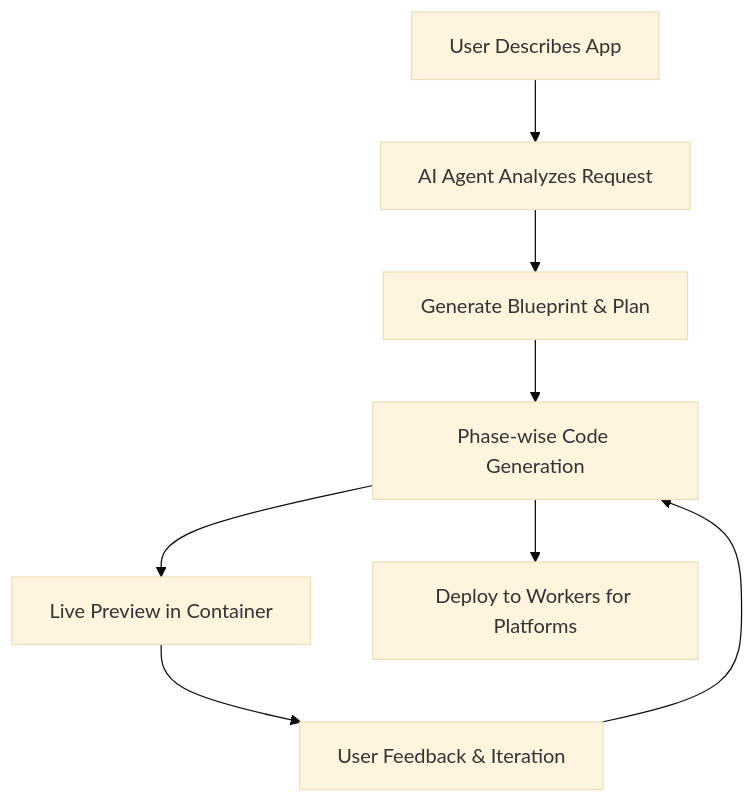
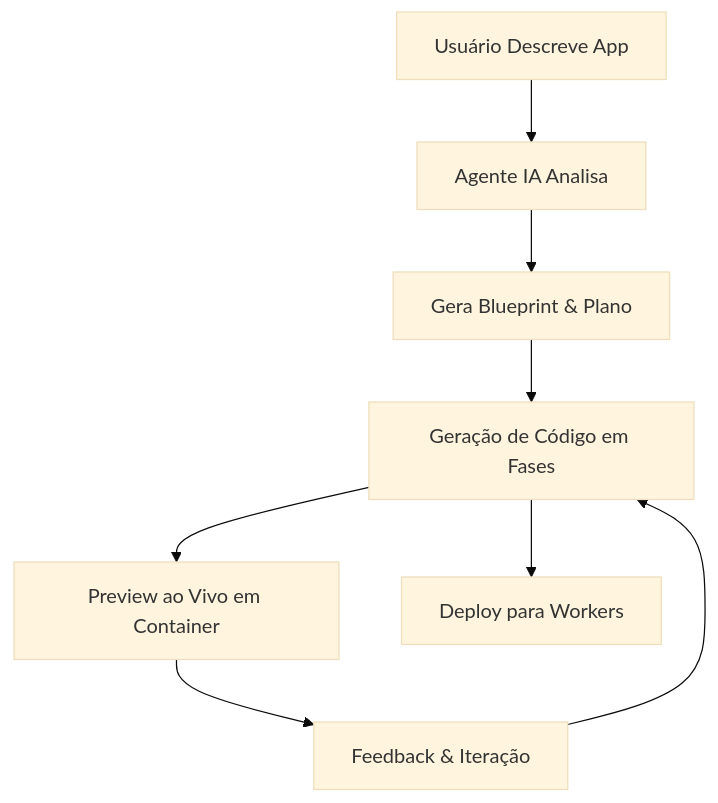
One commit to myselfgus/vibe changed the diagram in README.md. Above: the diagram before and after it, drawn with Mermaid (base theme). The commit also changed other lines of this file, not shown here.

Commit message:
docs: update README to reflect CONCEPT2CODE branding and Voither Prism Design System

````diff
--- a/README.md
+++ b/README.md
@@ -201,10 +98,10 @@
 ```mermaid
 graph TD
-    A[User Describes App] --> B[AI Agent Analyzes Request]
-    B --> C[Generate Blueprint & Plan]
-    C --> D[Phase-wise Code Generation]
-    D --> E[Live Preview in Container]
-    E --> F[User Feedback & Iteration]
+    A[Usuário Descreve App] --> B[Agente IA Analisa]
+    B --> C[Gera Blueprint & Plano]
+    C --> D[Geração de Código em Fases]
+    D --> E[Preview ao Vivo em Container]
+    E --> F[Feedback & Iteração]
     F --> D
-    D --> G[Deploy to Workers for Platforms]
+    D --> G[Deploy para Workers]
 ```
````
